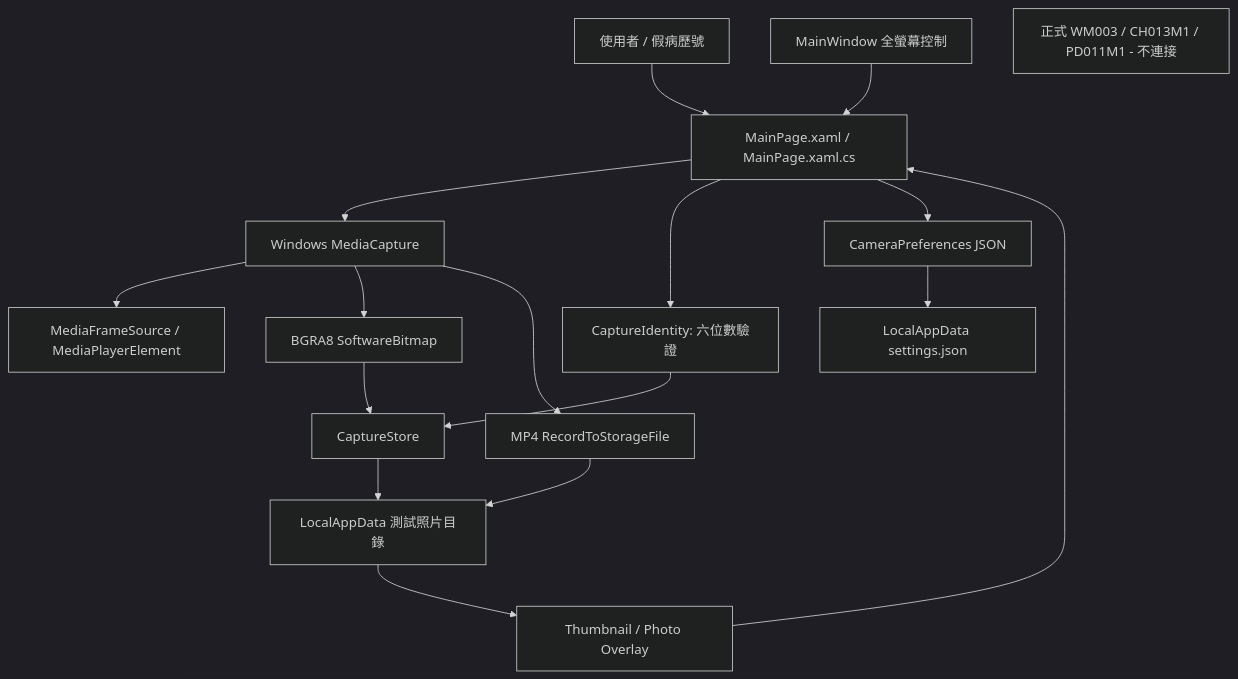
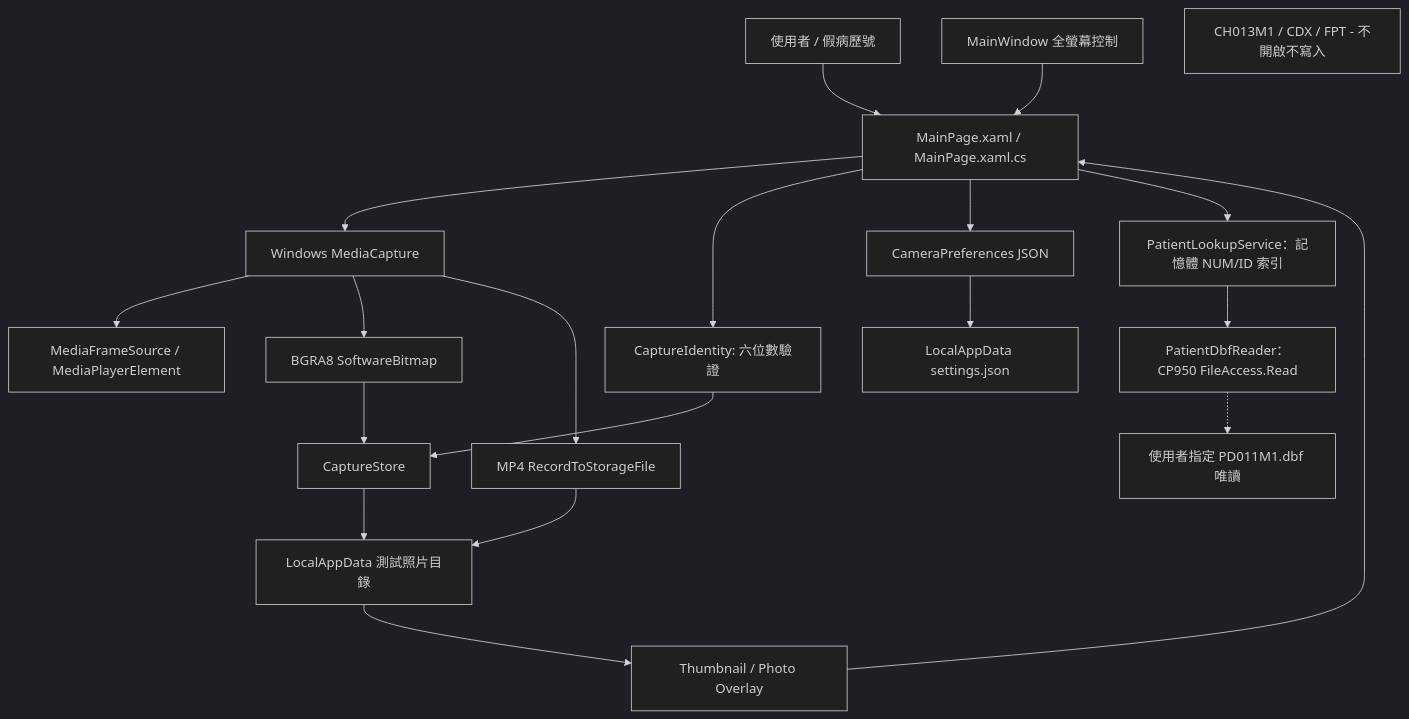
Before and after one commit to lemonicefate/clinic-camera-capture: the first of 2 diagrams in ARCHITECTURE.md, drawn with Mermaid (dark theme). The commit also changed other lines of this file and 15 other files, not shown here.

First line of the commit message:
Add read-only PD011M1 patient lookup and gallery arrow navigation

````diff
--- a/ARCHITECTURE.md
+++ b/ARCHITECTURE.md
@@ -9,19 +9,22 @@
 ```mermaid
 flowchart TD
     User[使用者 / 假病歷號] --> UI[MainPage.xaml / MainPage.xaml.cs]
     Window[MainWindow 全螢幕控制] --> UI
     UI --> Camera[Windows MediaCapture]
     Camera --> Preview[MediaFrameSource / MediaPlayerElement]
     Camera --> Bitmap[BGRA8 SoftwareBitmap]
     Bitmap --> Store[CaptureStore]
     UI --> Identity[CaptureIdentity: 六位數驗證]
     Identity --> Store
     Store --> Local[LocalAppData 測試照片目錄]
     Camera --> Video[MP4 RecordToStorageFile]
     Video --> Local
     UI --> Prefs[CameraPreferences JSON]
     Prefs --> Settings[LocalAppData settings.json]
     Local --> Viewer[Thumbnail / Photo Overlay]
     Viewer --> UI
-    HIS[正式 WM003 / CH013M1 / PD011M1 - 不連接]
+    UI --> Lookup[PatientLookupService：記憶體 NUM/ID 索引]
+    Lookup --> DbfReader[PatientDbfReader：CP950 FileAccess.Read]
+    DbfReader -.-> PatientDbf[使用者指定 PD011M1.dbf 唯讀]
+    HIS[CH013M1 / CDX / FPT - 不開啟不寫入]
 ```
````
